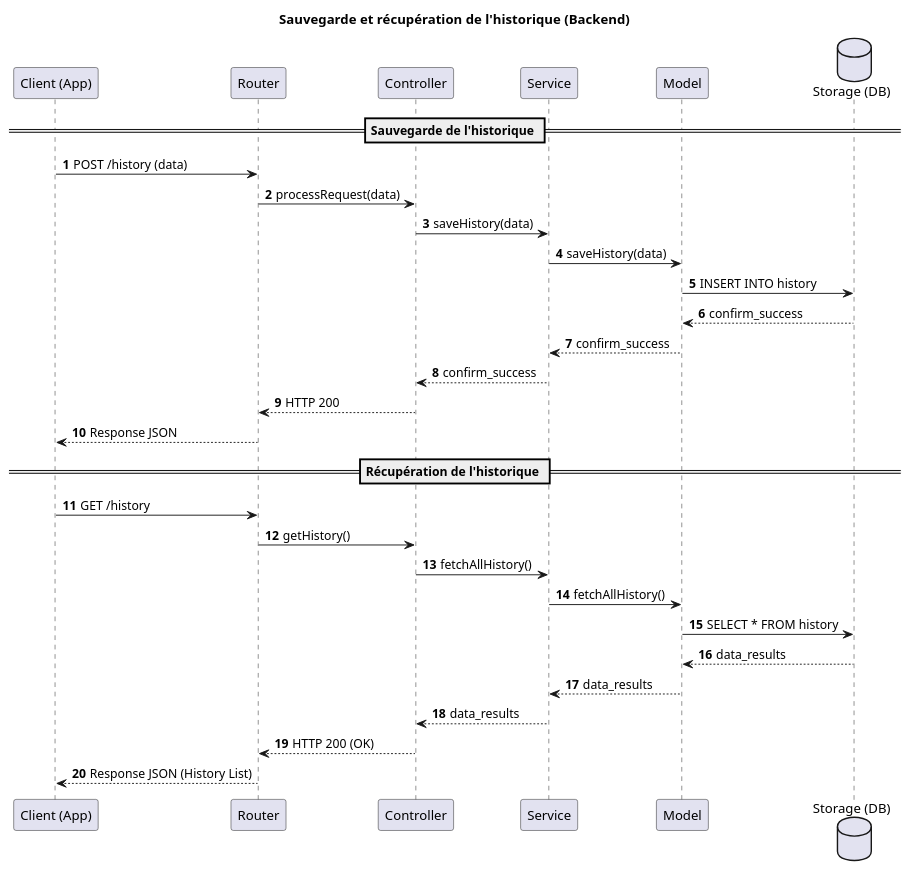
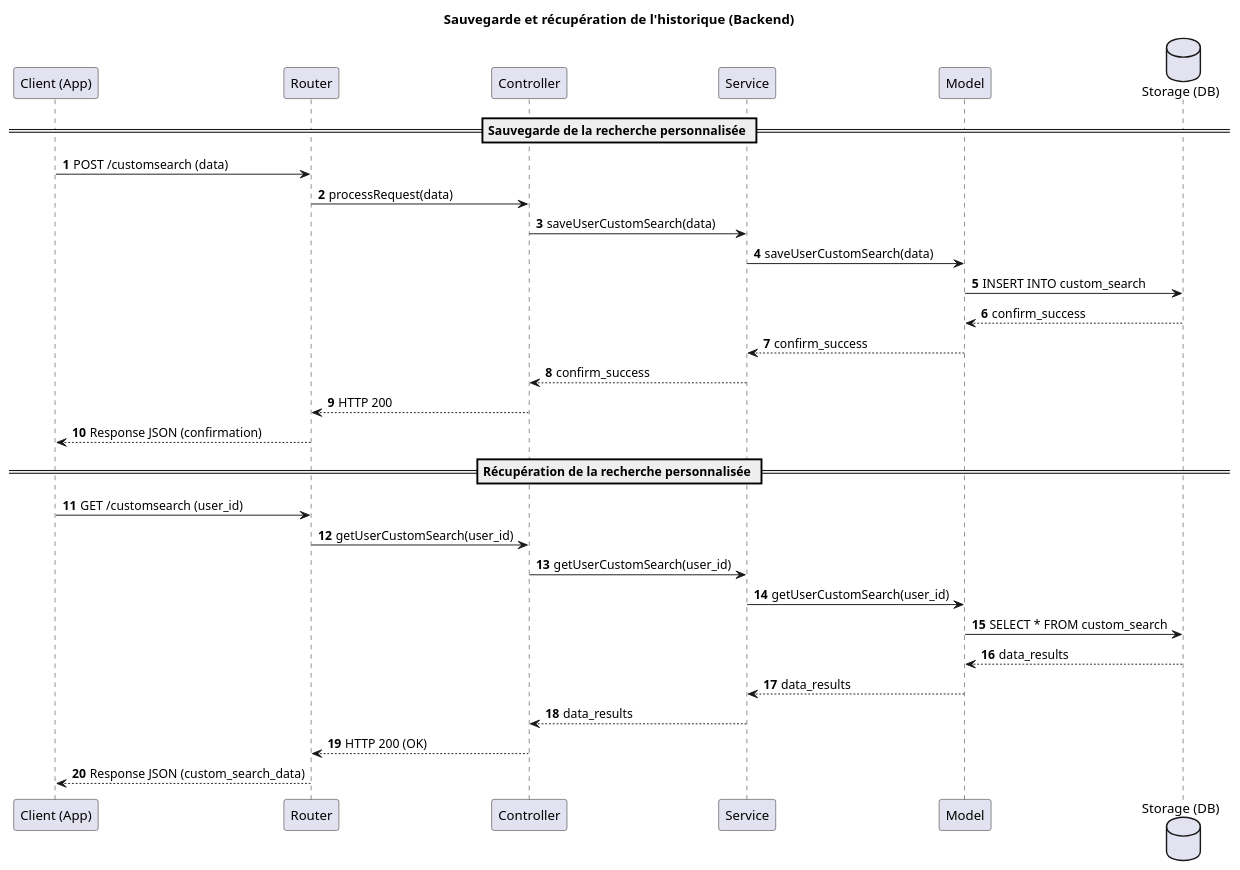
Before and after one commit to TPI2026-NewsGenerator/NewsGenerator-Backend: the diagram in docs/UML/search-history-diagram.puml, drawn with PlantUML.

Commit message:
chore: update custom search sequence diagram

```diff
--- a/docs/UML/search-history-diagram.puml
+++ b/docs/UML/search-history-diagram.puml
@@ -1,36 +1,36 @@
 @startuml
 title Sauvegarde et récupération de l'historique (Backend)
 autonumber
 
 participant "Client (App)" as Client
 participant "Router" as Router
 participant "Controller" as Controller
 participant "Service" as Service
 participant "Model" as Model
 database "Storage (DB)" as Storage
 
-== Sauvegarde de l'historique ==
-Client -> Router : POST /history (data)
+== Sauvegarde de la recherche personnalisée ==
+Client -> Router : POST /customsearch (data)
 Router -> Controller : processRequest(data)
-Controller -> Service : saveHistory(data)
-Service -> Model : saveHistory(data)
-Model -> Storage : INSERT INTO history
+Controller -> Service : saveUserCustomSearch(data)
+Service -> Model : saveUserCustomSearch(data)
+Model -> Storage : INSERT INTO custom_search
 Storage --> Model : confirm_success
 Model --> Service : confirm_success
 Service --> Controller : confirm_success
 Controller --> Router : HTTP 200
-Router --> Client : Response JSON
+Router --> Client : Response JSON (confirmation)
 
-== Récupération de l'historique ==
-Client -> Router : GET /history
-Router -> Controller : getHistory()
-Controller -> Service : fetchAllHistory()
-Service -> Model : fetchAllHistory()
-Model -> Storage : SELECT * FROM history
+== Récupération de la recherche personnalisée ==
+Client -> Router : GET /customsearch (user_id)
+Router -> Controller : getUserCustomSearch(user_id)
+Controller -> Service : getUserCustomSearch(user_id)
+Service -> Model : getUserCustomSearch(user_id)
+Model -> Storage : SELECT * FROM custom_search
 Storage --> Model : data_results
 Model --> Service : data_results
 Service --> Controller : data_results
 Controller --> Router : HTTP 200 (OK)
-Router --> Client : Response JSON (History List)
+Router --> Client : Response JSON (custom_search_data)
 
 @enduml
```
